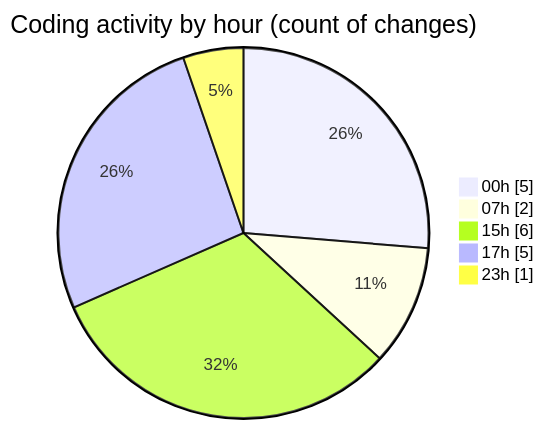
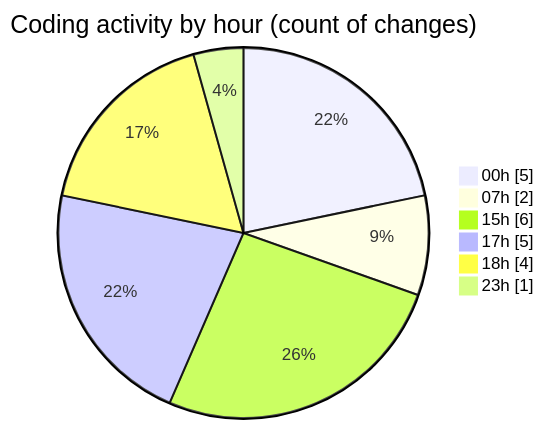
The second of 2 diagrams in 2025-04-11/product-page/README.md (Elitesun/code-tracking), drawn with Mermaid before and after one commit. The commit also changed other lines of this file and 1 other file, not shown here.

````diff
--- a/2025-04-11/product-page/README.md
+++ b/2025-04-11/product-page/README.md
@@ -39,9 +39,10 @@
 ```mermaid
 pie showData
 title Coding activity by hour (count of changes)
 "00h" : 5
 "07h" : 2
 "15h" : 6
 "17h" : 5
+"18h" : 4
 "23h" : 1
 ```
````
